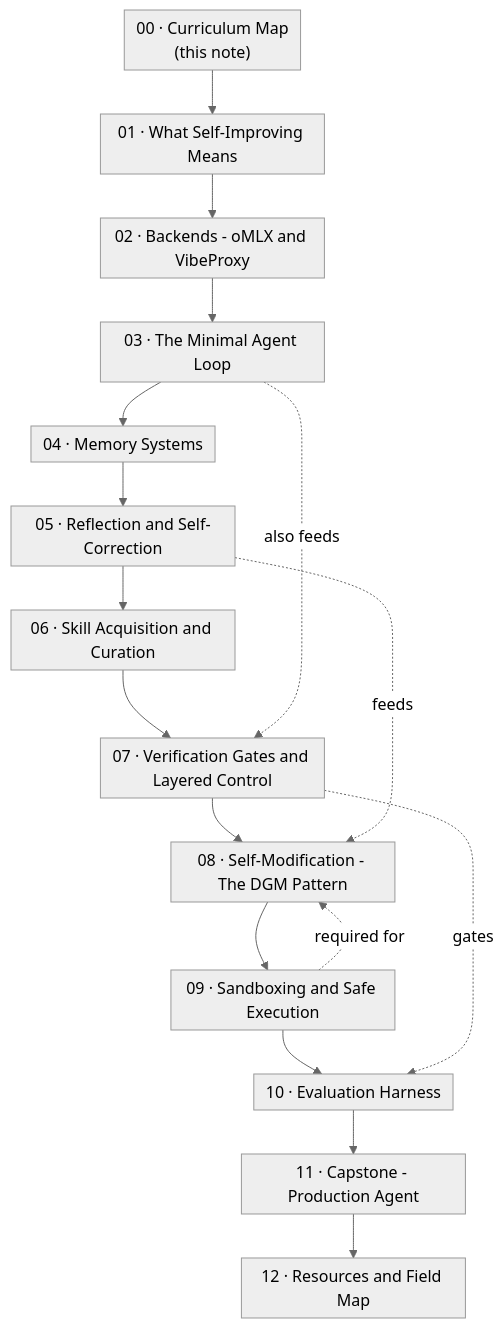
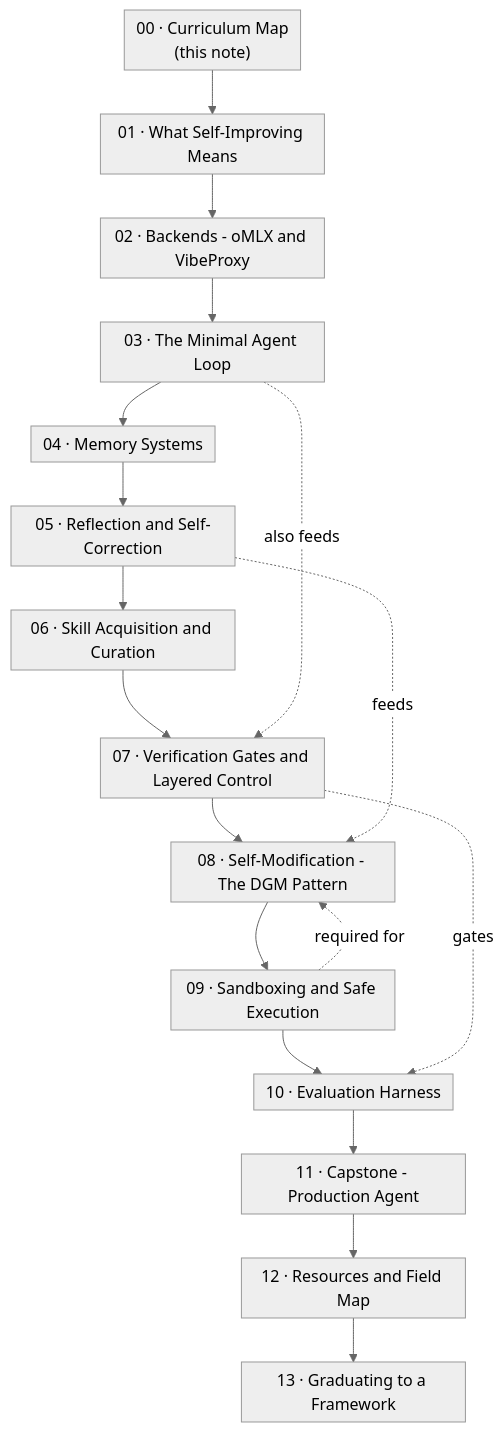
Before and after one commit to shaneliuyx/self-improving-agents-curriculum: the second of 2 diagrams in curriculum/00 - Curriculum Map.md, drawn with Mermaid. The commit also changed other lines of this file and 15 other files, not shown here.

````diff
--- a/curriculum/00 - Curriculum Map.md
+++ b/curriculum/00 - Curriculum Map.md
@@ -142,35 +142,37 @@
 ```mermaid
 %%{init: {"theme":"neutral","themeVariables":{"fontSize":"16px"},"flowchart":{"htmlLabels":true,"nodeSpacing":38,"rankSpacing":44,"padding":6,"useMaxWidth":true}}}%%
 flowchart TD
     M00["00 · Curriculum Map<br/>(this note)"]
     M01["01 · What Self-Improving Means"]
     M02["02 · Backends - oMLX and VibeProxy"]
     M03["03 · The Minimal Agent Loop"]
     M04["04 · Memory Systems"]
     M05["05 · Reflection and Self-Correction"]
     M06["06 · Skill Acquisition and Curation"]
     M07["07 · Verification Gates and Layered Control"]
     M08["08 · Self-Modification - The DGM Pattern"]
     M09["09 · Sandboxing and Safe Execution"]
     M10["10 · Evaluation Harness"]
     M11["11 · Capstone - Production Agent"]
     M12["12 · Resources and Field Map"]
+    M13["13 · Graduating to a Framework"]
 
     M00 --> M01
     M01 --> M02
     M02 --> M03
     M03 --> M04
     M04 --> M05
     M05 --> M06
     M06 --> M07
     M07 --> M08
     M08 --> M09
     M09 --> M10
     M10 --> M11
     M11 --> M12
+    M12 --> M13
 
     M03 -.->|"also feeds"| M07
     M05 -.->|"feeds"| M08
     M07 -.->|"gates"| M10
     M09 -.->|"required for"| M08
 ```
````
